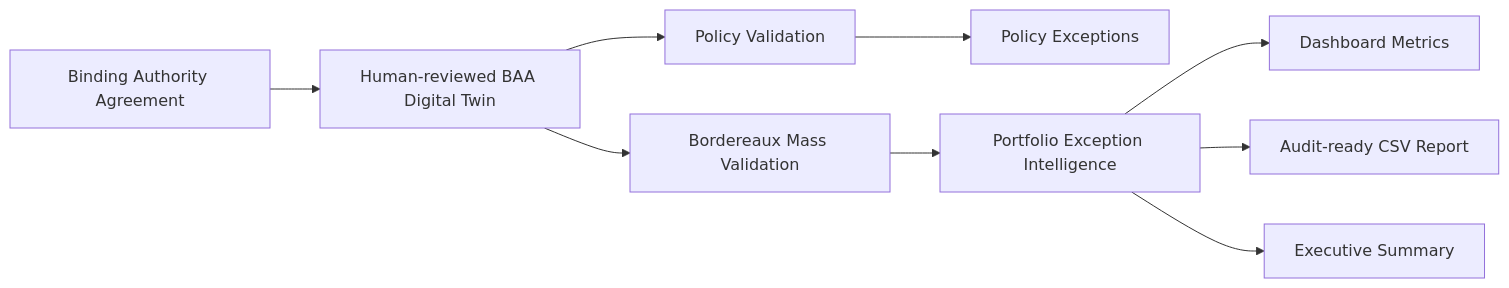
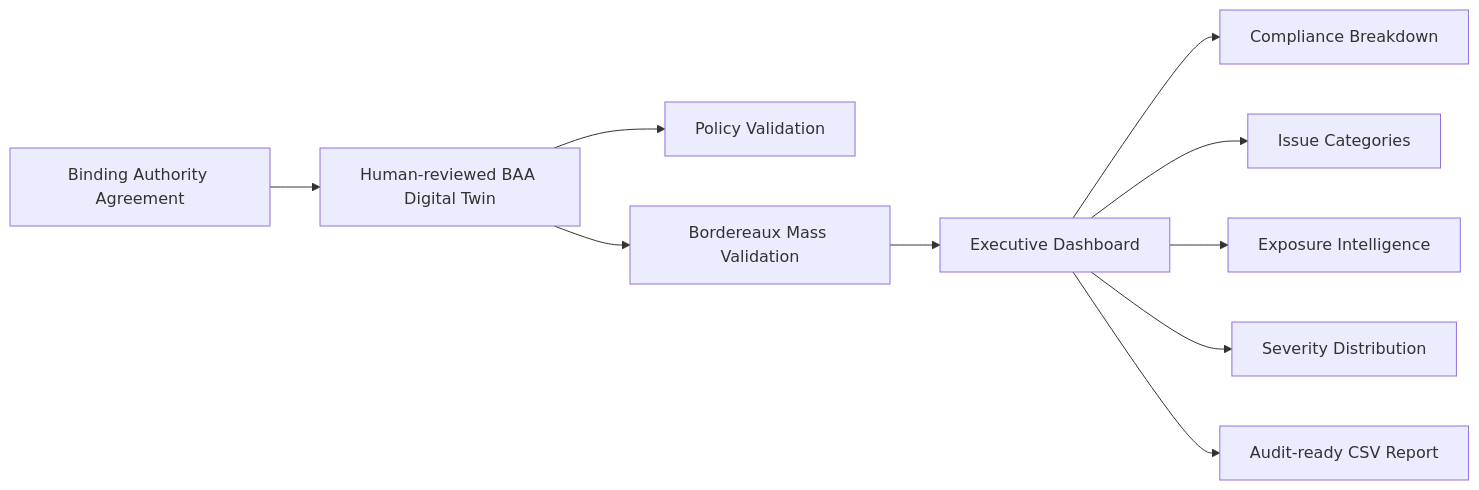
Before and after one commit to xcoder-es/policycheck_demo: the first of 3 diagrams in README.md, drawn with Mermaid. The commit also changed other lines of this file and 9 other files, not shown here.

````diff
--- a/README.md
+++ b/README.md
@@ -36,11 +36,12 @@
 ```mermaid
 flowchart LR
     A[Binding Authority Agreement] --> B[Human-reviewed BAA Digital Twin]
     B --> C[Policy Validation]
     B --> D[Bordereaux Mass Validation]
-    C --> E[Policy Exceptions]
-    D --> F[Portfolio Exception Intelligence]
-    F --> G[Dashboard Metrics]
-    F --> H[Audit-ready CSV Report]
-    F --> I[Executive Summary]
+    D --> E[Executive Dashboard]
+    E --> F[Compliance Breakdown]
+    E --> G[Issue Categories]
+    E --> H[Exposure Intelligence]
+    E --> I[Severity Distribution]
+    E --> J[Audit-ready CSV Report]
 ```
````
